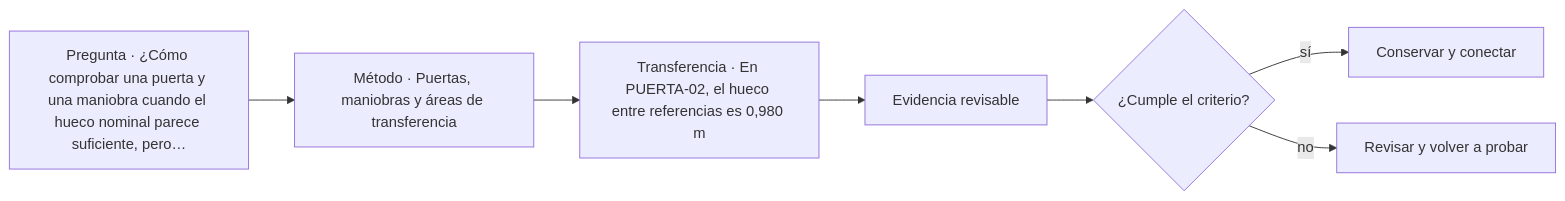
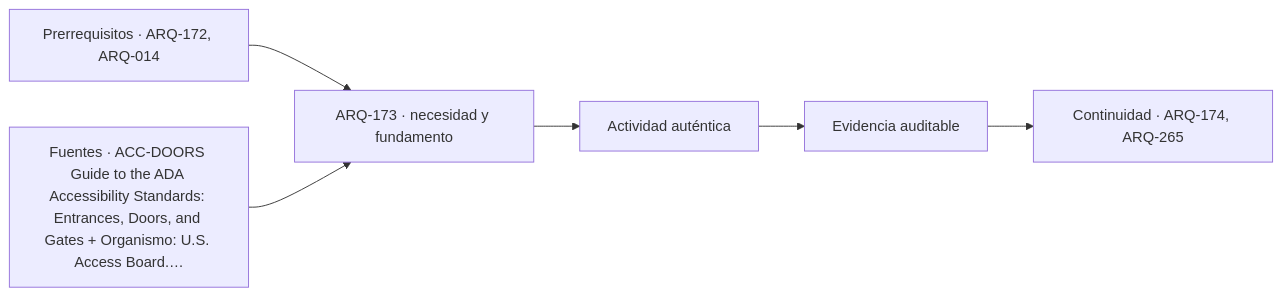
The diagram in classes/parte-18/ARQ-173.md (vladimiracunadev-create/architecture-built-environment-learning-program), drawn with Mermaid before and after one commit. The commit also changed other lines of this file and 761 other files, not shown here.

````diff
--- a/classes/parte-18/ARQ-173.md
+++ b/classes/parte-18/ARQ-173.md
@@ -108,9 +120,8 @@
 ```mermaid
 flowchart LR
-    Q["Pregunta · ¿Cómo comprobar una puerta y una maniobra cuando el hueco nominal parece suficiente, pero…"] --> M["Método · Puertas, maniobras y áreas de transferencia"]
-    M --> P["Transferencia · En PUERTA-02, el hueco entre referencias es 0,980 m"]
-    P --> E["Evidencia revisable"]
-    E --> C{"¿Cumple el criterio?"}
-    C -->|sí| T["Conservar y conectar"]
-    C -->|no| R["Revisar y volver a probar"]
+    A["Prerrequisitos · ARQ-172, ARQ-014"] --> B["ARQ-173 · necesidad y fundamento"]
+    S["Fuentes · ACC-DOORS Guide to the ADA Accessibility Standards: Entrances, Doors, and Gates + Organismo: U.S. Access Board.…"] --> B
+    B --> C["Actividad auténtica"]
+    C --> D["Evidencia auditable"]
+    D --> E["Continuidad · ARQ-174, ARQ-265"]
 ```
````
